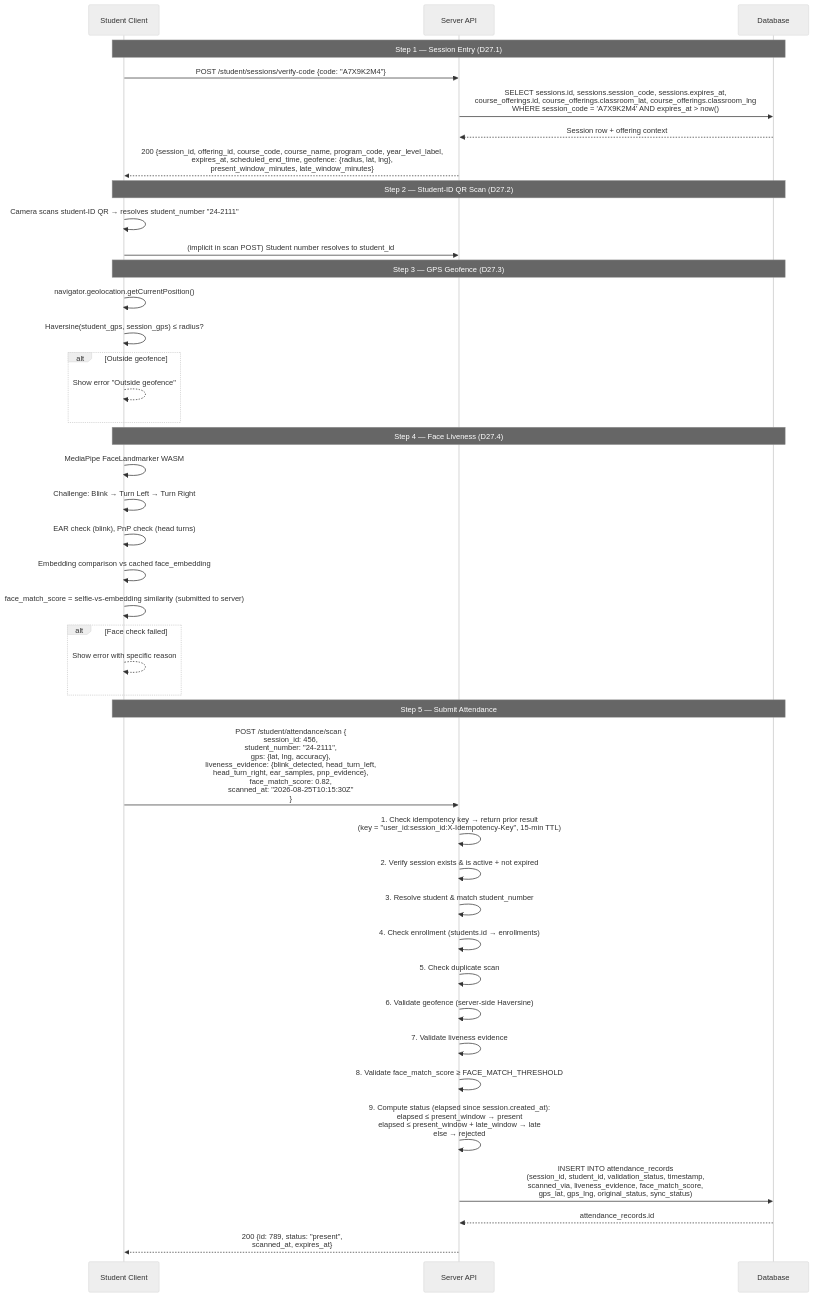
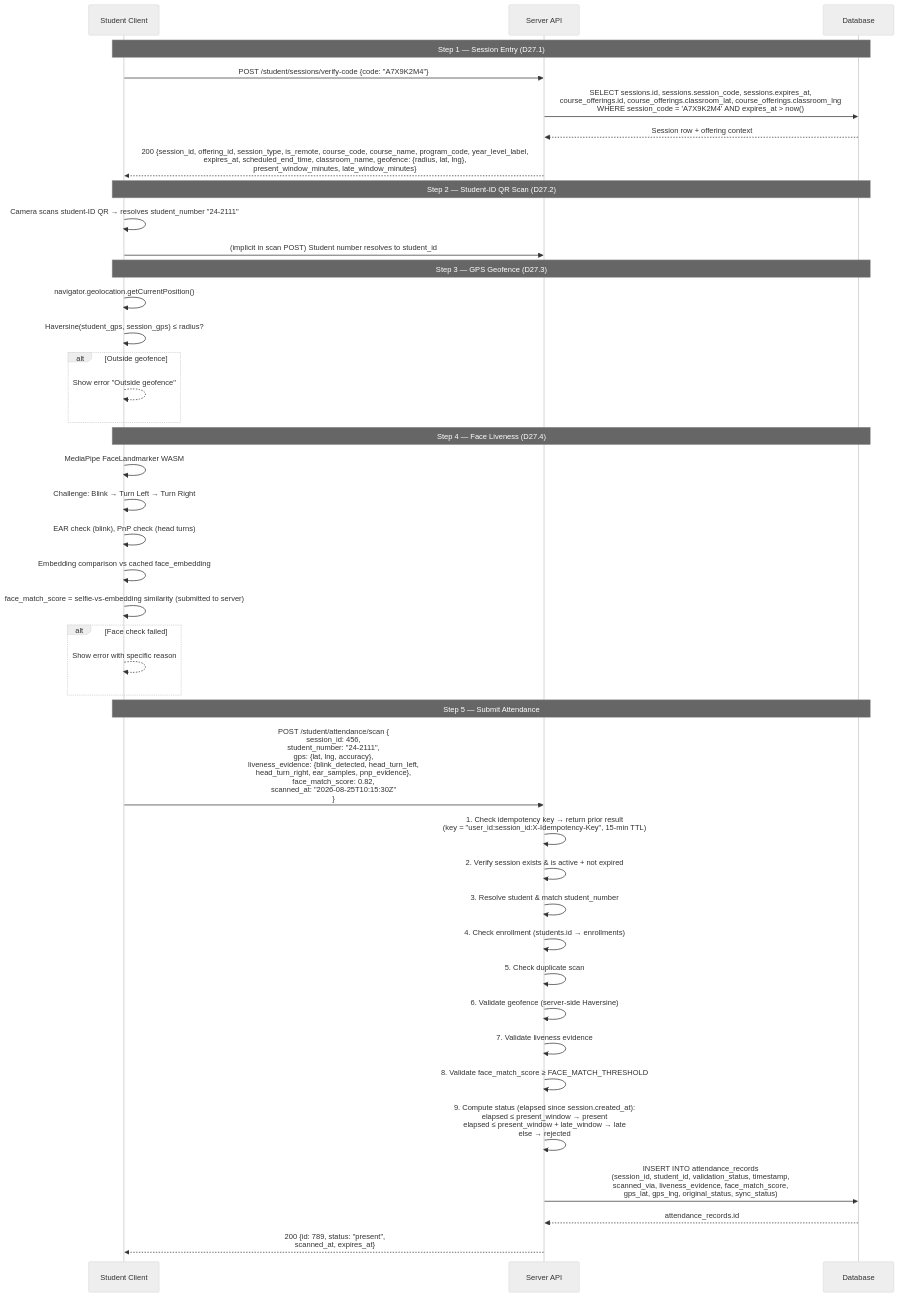
Before and after one commit to dhenji/qr_based_attendance_system: the first of 7 diagrams in docs/architecture/data-flow.md, drawn with Mermaid (neutral theme). The commit also changed 7 other files, not shown here.

First line of the commit message:
feat(scan): streamline attendance flow with QR-first entry, session confirmation, and course details (#320)

````diff
--- a/docs/architecture/data-flow.md
+++ b/docs/architecture/data-flow.md
@@ -10,57 +10,57 @@
 ```mermaid
 sequenceDiagram
     participant S as Student Client
     participant API as Server API
     participant DB as Database
 
     Note over S,DB: Step 1 — Session Entry (D27.1)
 
     S->>API: POST /student/sessions/verify-code {code: "A7X9K2M4"}
     API->>DB: SELECT sessions.id, sessions.session_code, sessions.expires_at,<br>course_offerings.id, course_offerings.classroom_lat, course_offerings.classroom_lng<br>WHERE session_code = 'A7X9K2M4' AND expires_at > now()
     DB-->>API: Session row + offering context
-    API-->>S: 200 {session_id, offering_id, course_code, course_name, program_code, year_level_label,<br>expires_at, scheduled_end_time, geofence: {radius, lat, lng},<br>present_window_minutes, late_window_minutes}
+    API-->>S: 200 {session_id, offering_id, session_type, is_remote, course_code, course_name, program_code, year_level_label,<br>expires_at, scheduled_end_time, classroom_name, geofence: {radius, lat, lng},<br>present_window_minutes, late_window_minutes}
 
     Note over S,DB: Step 2 — Student-ID QR Scan (D27.2)
 
     S->>S: Camera scans student-ID QR → resolves student_number "24-2111"
     S->>API: (implicit in scan POST) Student number resolves to student_id
 
     Note over S,DB: Step 3 — GPS Geofence (D27.3)
 
     S->>S: navigator.geolocation.getCurrentPosition()
     S->>S: Haversine(student_gps, session_gps) ≤ radius?
     alt Outside geofence
         S-->>S: Show error "Outside geofence"
     end
 
     Note over S,DB: Step 4 — Face Liveness (D27.4)
 
     S->>S: MediaPipe FaceLandmarker WASM
     S->>S: Challenge: Blink → Turn Left → Turn Right
     S->>S: EAR check (blink), PnP check (head turns)
     S->>S: Embedding comparison vs cached face_embedding
     S->>S: face_match_score = selfie-vs-embedding similarity (submitted to server)
     alt Face check failed
         S-->>S: Show error with specific reason
     end
 
     Note over S,DB: Step 5 — Submit Attendance
 
     S->>API: POST /student/attendance/scan {<br>session_id: 456,<br>student_number: "24-2111",<br>gps: {lat, lng, accuracy},<br>liveness_evidence: {blink_detected, head_turn_left,<br>head_turn_right, ear_samples, pnp_evidence},<br>face_match_score: 0.82,<br>scanned_at: "2026-08-25T10:15:30Z"<br>}
 
     API->>API: 1. Check idempotency key → return prior result<br>(key = "user_id:session_id:X-Idempotency-Key", 15-min TTL)
     API->>API: 2. Verify session exists & is active + not expired
     API->>API: 3. Resolve student & match student_number
     API->>API: 4. Check enrollment (students.id → enrollments)
     API->>API: 5. Check duplicate scan
     API->>API: 6. Validate geofence (server-side Haversine)
     API->>API: 7. Validate liveness evidence
     API->>API: 8. Validate face_match_score ≥ FACE_MATCH_THRESHOLD
 
     API->>API: 9. Compute status (elapsed since session.created_at):<br>elapsed ≤ present_window → present<br>elapsed ≤ present_window + late_window → late<br>else → rejected
 
     API->>DB: INSERT INTO attendance_records<br>(session_id, student_id, validation_status, timestamp,<br>scanned_via, liveness_evidence, face_match_score,<br>gps_lat, gps_lng, original_status, sync_status)
     DB-->>API: attendance_records.id
 
     API-->>S: 200 {id: 789, status: "present",<br>scanned_at, expires_at}
 ```
````
